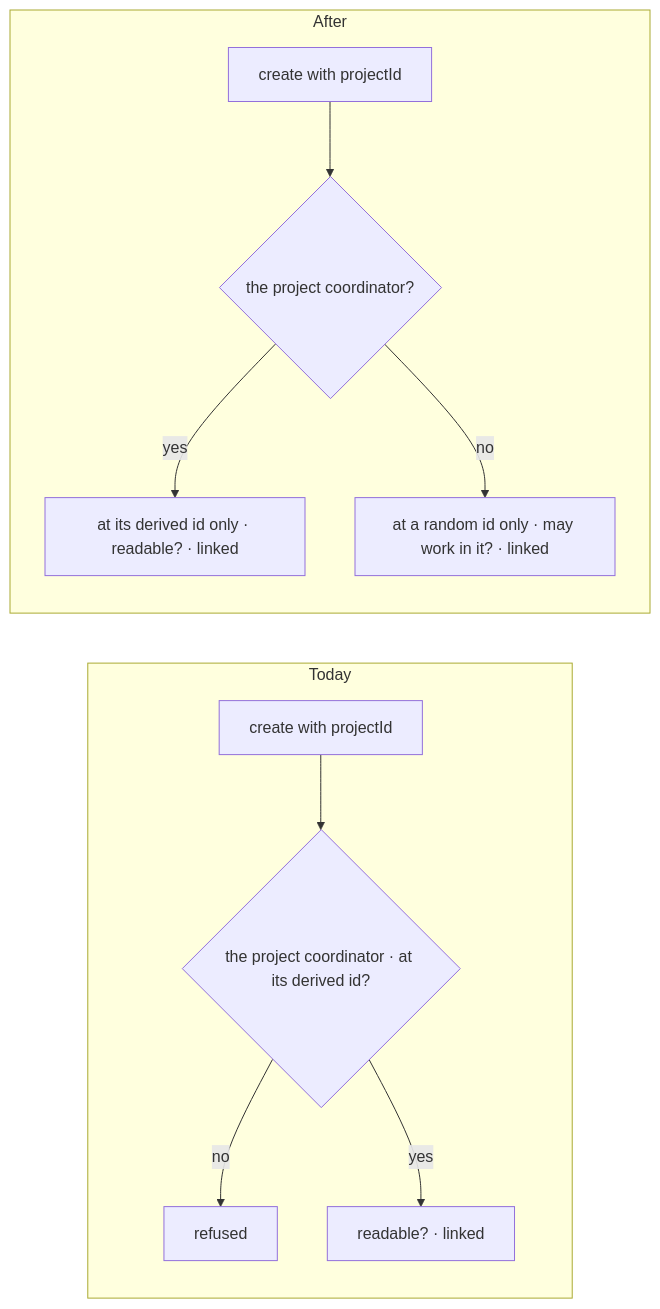
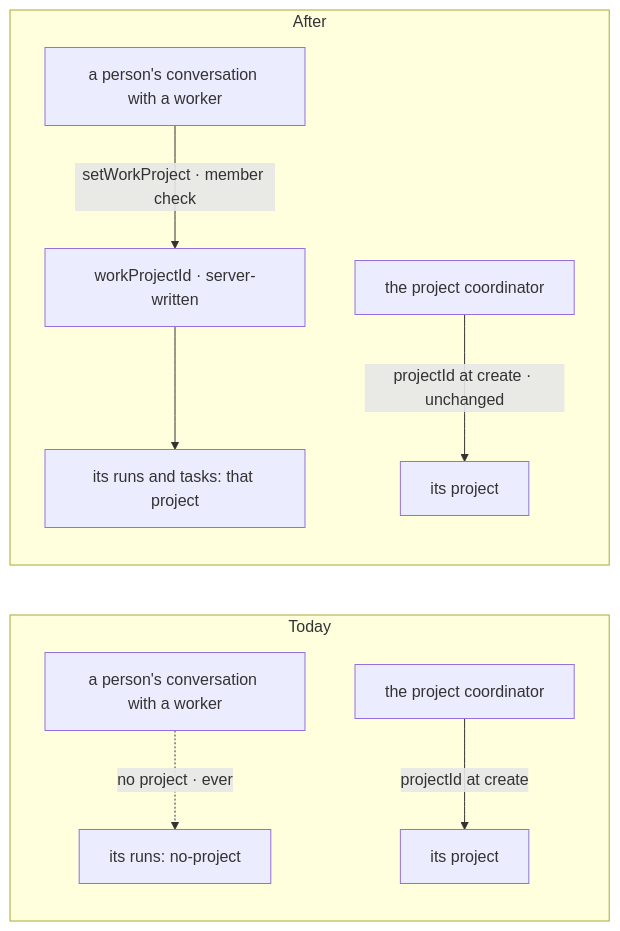
The second of 3 diagrams in specs/issues/FIX-2161/SPEC.md (fixpoint-labs/flow-state-dev), drawn with Mermaid before and after one commit. The commit also changed other lines of this file and 3 other files, not shown here.

First line of the commit message:
spec(FIX-2161): re-draft as one server-written field set by a client call

````diff
--- a/specs/issues/FIX-2161/SPEC.md
+++ b/specs/issues/FIX-2161/SPEC.md
@@ -52,13 +55,12 @@
 ```mermaid
 flowchart LR
   subgraph today ["Today"]
-    T1["create with projectId"] --> T2{"the project coordinator · at its derived id?"}
-    T2 -->|"no"| T3["refused"]
-    T2 -->|"yes"| T4["readable? · linked"]
+    T1["a person's conversation with a worker"] -.->|"no project · ever"| T2["its runs: no-project"]
+    T3["the project coordinator"] -->|"projectId at create"| T4["its project"]
   end
   subgraph after ["After"]
-    A1["create with projectId"] --> A2{"the project coordinator?"}
-    A2 -->|"yes"| A3["at its derived id only · readable? · linked"]
-    A2 -->|"no"| A4["at a random id only · may work in it? · linked"]
+    A1["a person's conversation with a worker"] -->|"setWorkProject · member check"| A2["workProjectId · server-written"]
+    A2 --> A3["its runs and tasks: that project"]
+    A4["the project coordinator"] -->|"projectId at create · unchanged"| A5["its project"]
   end
 ```
````
